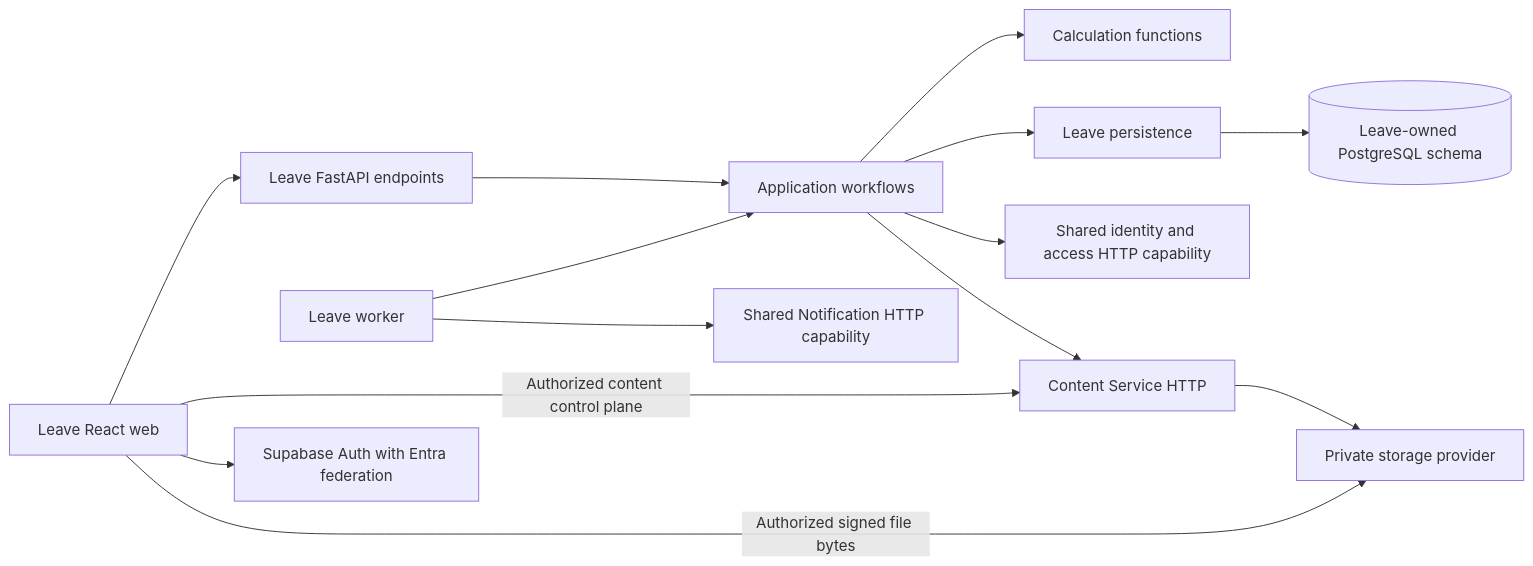
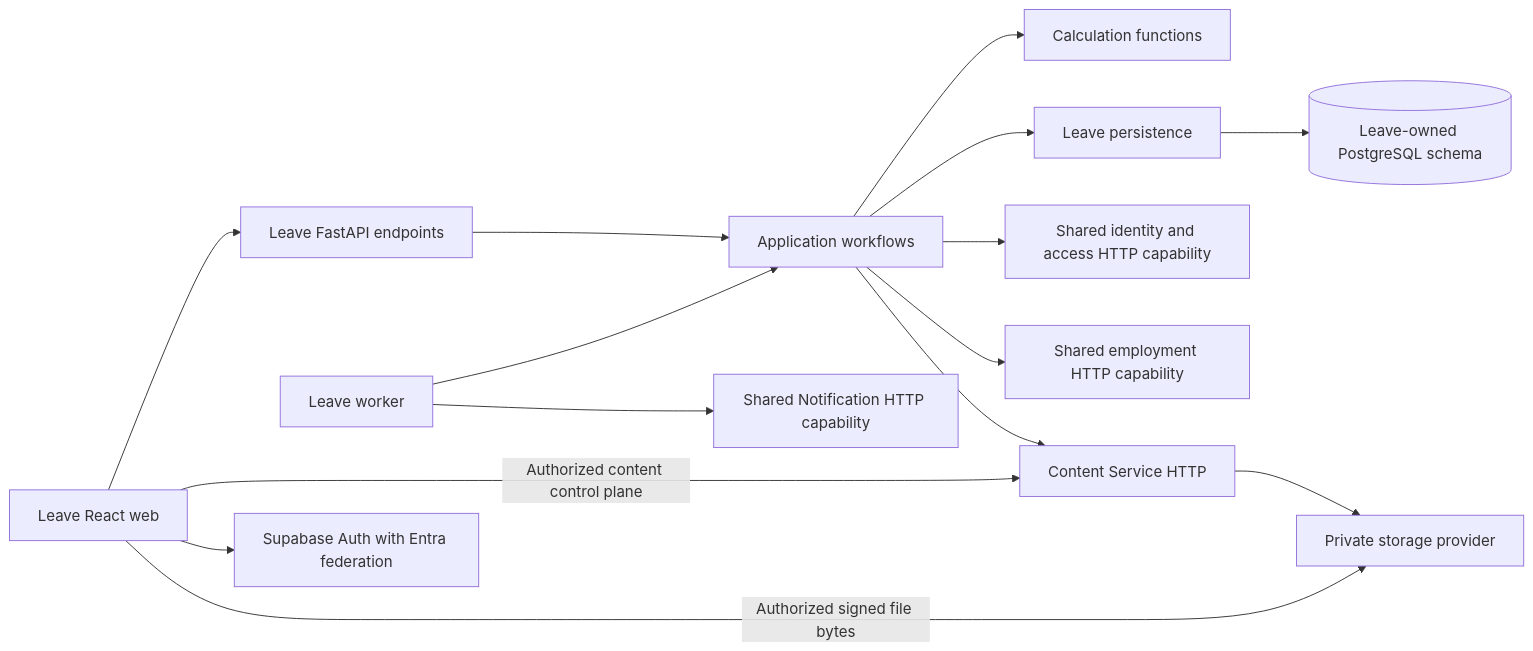
Before and after one commit to Innodat/agriplatform: the diagram in apps/leave/docs/architecture/ARCHITECTURE-SPINE.md, drawn with Mermaid. The commit also changed other lines of this file and 35 other files, not shown here.

````diff
--- a/apps/leave/docs/architecture/ARCHITECTURE-SPINE.md
+++ b/apps/leave/docs/architecture/ARCHITECTURE-SPINE.md
@@ -61,16 +65,17 @@
 ```mermaid
 flowchart LR
   Web[Leave React web] --> API[Leave FastAPI endpoints]
   API --> Flow[Application workflows]
   Flow --> Calc[Calculation functions]
   Flow --> Data[Leave persistence]
   Data --> DB[(Leave-owned PostgreSQL schema)]
   Flow --> Access[Shared identity and access HTTP capability]
+  Flow --> People[Shared employment HTTP capability]
   Flow --> Content[Content Service HTTP]
   Worker[Leave worker] --> Flow
   Worker --> Notify[Shared Notification HTTP capability]
   Web -->|Authorized content control plane| Content
   Web --> Auth[Supabase Auth with Entra federation]
   Web -->|Authorized signed file bytes| Storage[Private storage provider]
   Content --> Storage
 ```
````
